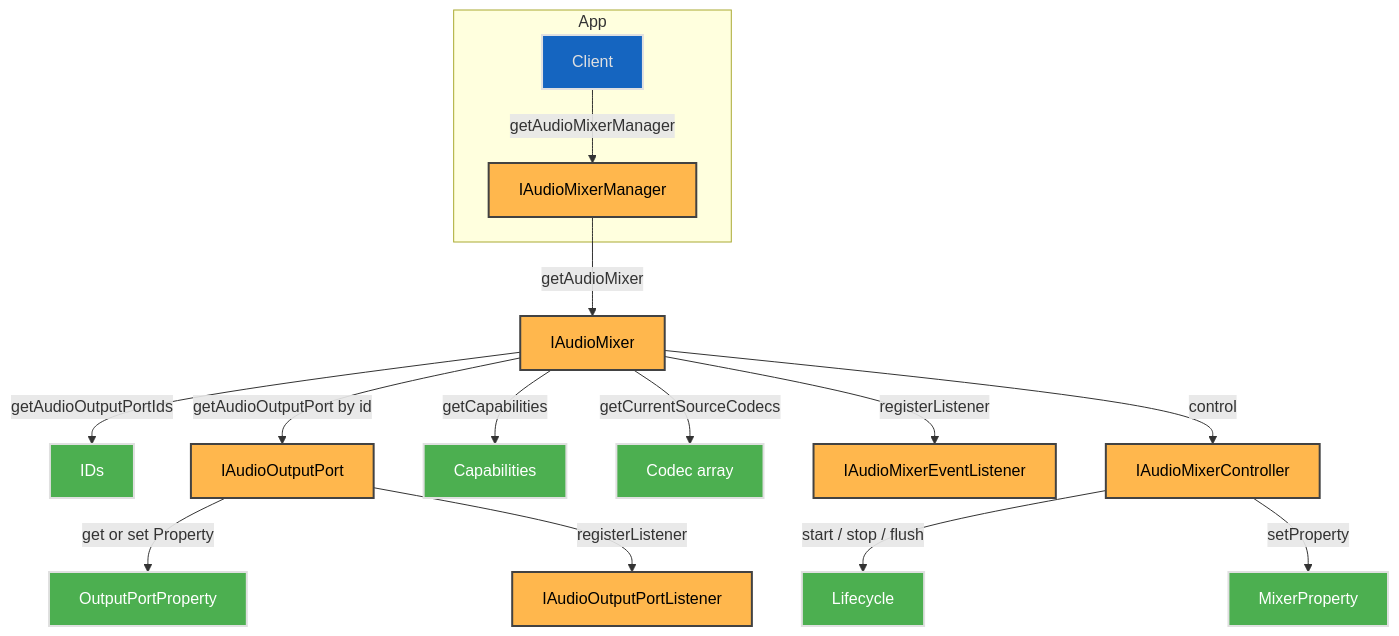
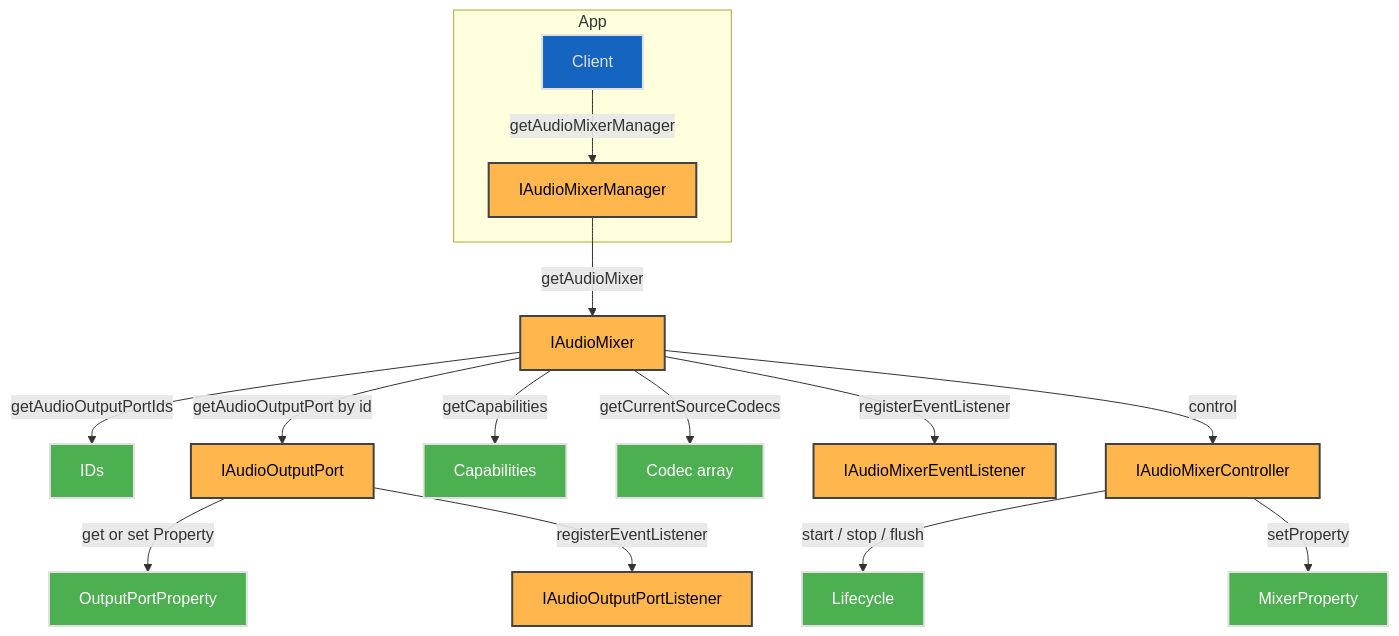
One commit to rdkcentral/rdk-halif-aidl changed the first of 8 diagrams in audiomixer/current/docs/audio_mixer.md. Above: the diagram before and after it, drawn with Mermaid. The commit also changed other lines of this file and 1 other file, not shown here.

First line of the commit message:
Update #354: architecture to the current AIDL

````diff
--- a/audiomixer/current/docs/audio_mixer.md
+++ b/audiomixer/current/docs/audio_mixer.md
@@ -105,54 +105,54 @@
 ```mermaid
 flowchart TD
   subgraph App
     A1[Client]
     A1 -->|getAudioMixerManager| B1
   end
 
   B1[IAudioMixerManager]
   B2[IAudioMixer]
   B3[IDs]
   B4[IAudioOutputPort]
   C1[Capabilities]
   C2[Codec array]
   C3[OutputPortProperty]
   C4[IAudioOutputPortListener]
   C5[IAudioMixerEventListener]
   D1[IAudioMixerController]
   E1[Lifecycle]
   E2[MixerProperty]
 
   B1 -->|getAudioMixer| B2
   B2 -->|getAudioOutputPortIds| B3
   B2 -->|getAudioOutputPort by id| B4
   B2 -->|getCapabilities| C1
   B2 -->|getCurrentSourceCodecs| C2
   B4 -->|get or set Property| C3
-  B4 -->|registerListener| C4
-  B2 -->|registerListener| C5
+  B4 -->|registerEventListener| C4
+  B2 -->|registerEventListener| C5
   B2 -->|control| D1
   D1 -->|start / stop / flush| E1
   D1 -->|setProperty| E2
 
   classDef background fill:#121212,stroke:none,color:#E0E0E0;
   classDef blue fill:#1565C0,stroke:#E0E0E0,stroke-width:2px,color:#E0E0E0;
   classDef lightGrey fill:#616161,stroke:#E0E0E0,stroke-width:2px,color:#FFFFFF;
   classDef wheat fill:#FFB74D,stroke:#424242,stroke-width:2px,color:#000000;
   classDef green fill:#4CAF50,stroke:#E0E0E0,stroke-width:2px,color:#FFFFFF;
   classDef default fill:#1E1E1E,stroke:#E0E0E0,stroke-width:1px,color:#E0E0E0;
 
   A1:::blue
   B1:::wheat
   B2:::wheat
   B4:::wheat
   C4:::wheat
   C5:::wheat
   D1:::wheat
 
   B3:::green
   C1:::green
   C2:::green
   C3:::green
   E1:::green
   E2:::green
 ```
````
